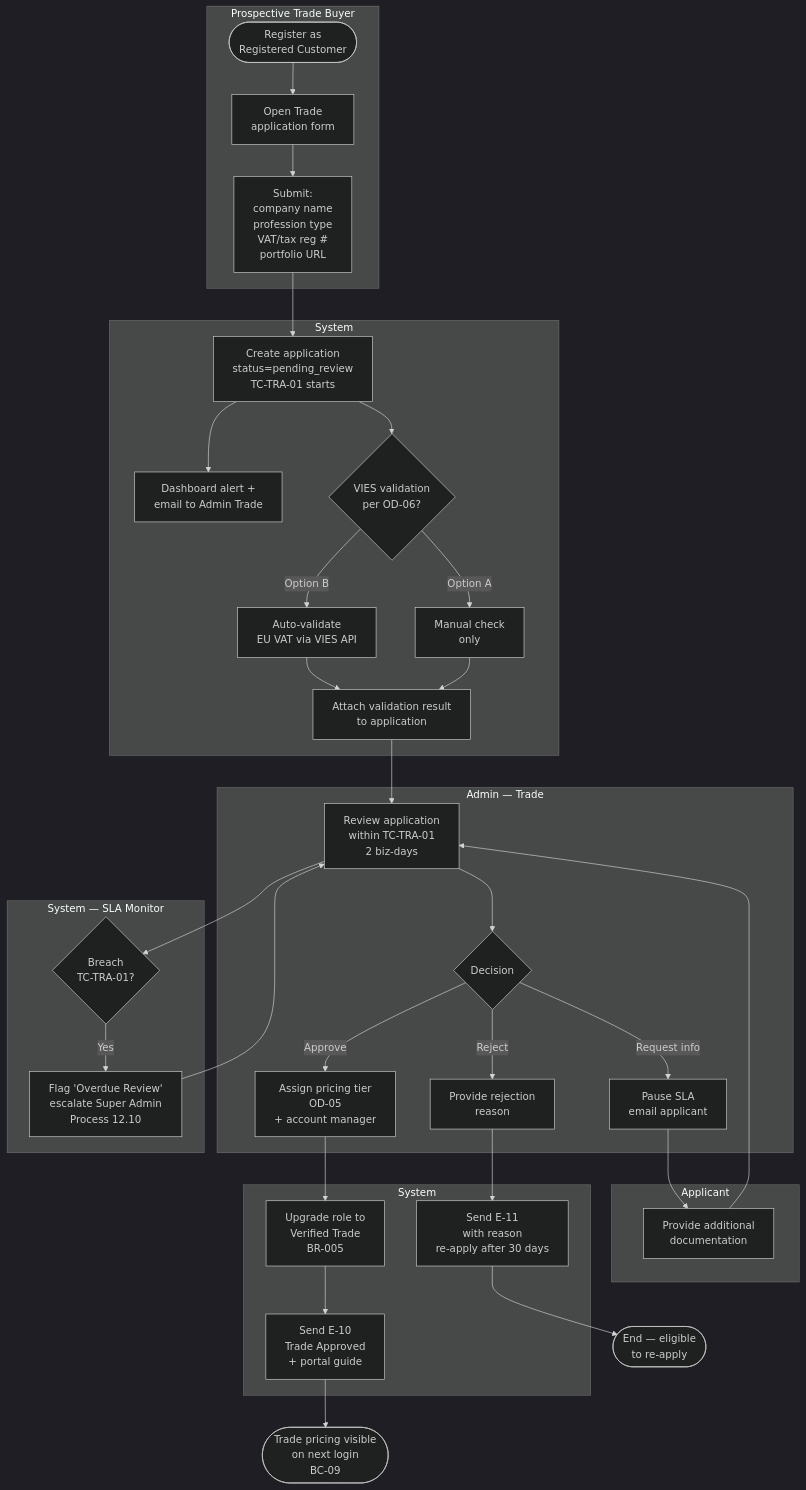
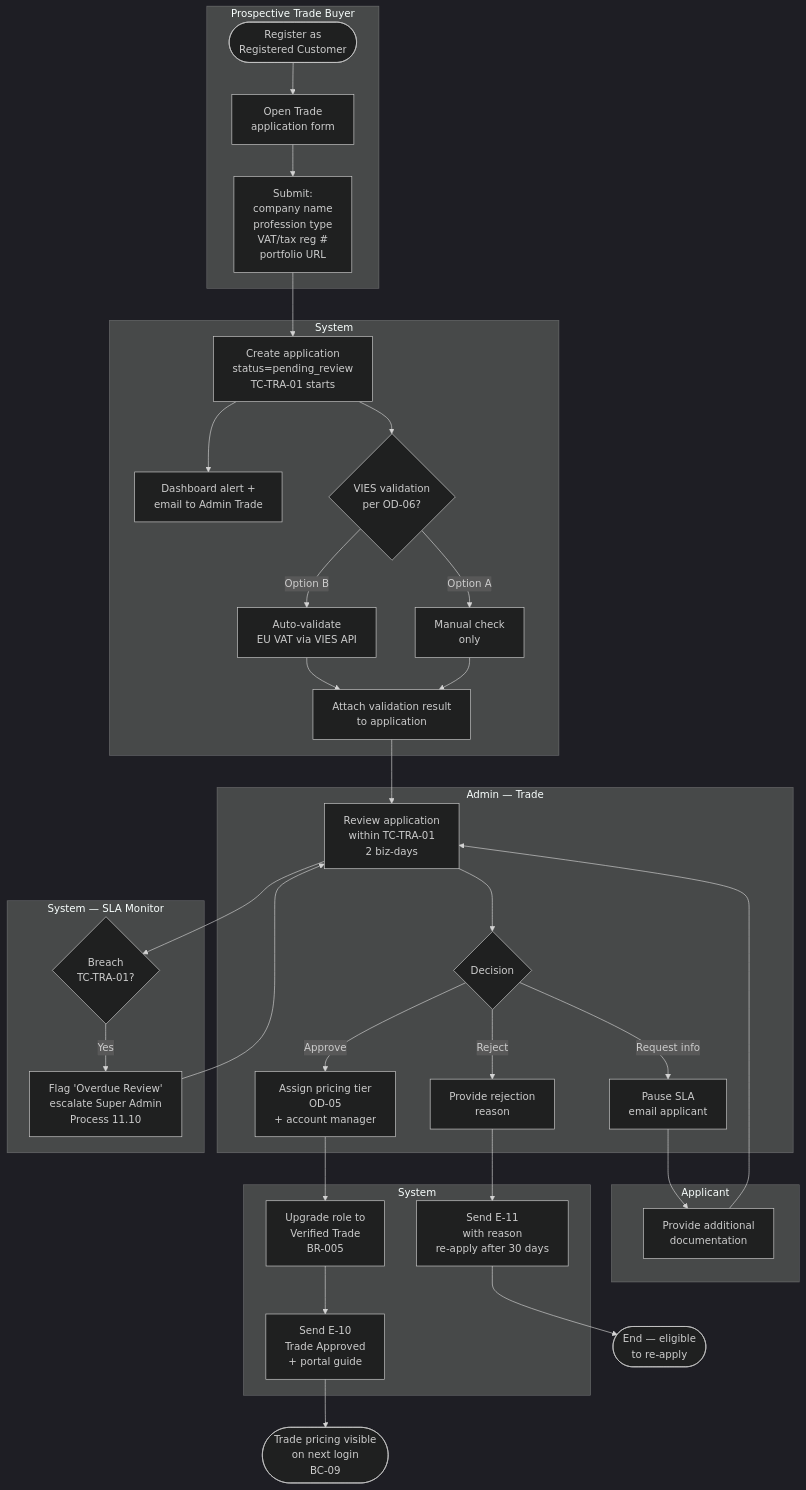
The second of 16 diagrams in HomeStyle_BRD_v4.md (mingnguyentt012200/HomeStyle-project-demo), drawn with Mermaid (dark theme) before and after one commit. The commit also changed other lines of this file, not shown here.

````diff
--- a/HomeStyle_BRD_v4.md
+++ b/HomeStyle_BRD_v4.md
@@ -420,39 +421,39 @@
 ```mermaid
 flowchart TD
     subgraph Prospective_Trade[Prospective Trade Buyer]
         A([Register as<br/>Registered Customer]) --> B[Open Trade<br/>application form]
         B --> C[Submit:<br/>company name<br/>profession type<br/>VAT/tax reg #<br/>portfolio URL]
     end
     subgraph System
         C --> D[Create application<br/>status=pending_review<br/>TC-TRA-01 starts]
         D --> E[Dashboard alert +<br/>email to Admin Trade]
         D --> F{VIES validation<br/>per OD-06?}
         F -- Option B --> G[Auto-validate<br/>EU VAT via VIES API]
         F -- Option A --> H[Manual check<br/>only]
         G --> I[Attach validation result<br/>to application]
         H --> I
     end
     subgraph Admin_Trade[Admin — Trade]
         I --> J[Review application<br/>within TC-TRA-01<br/>2 biz-days]
         J --> K{Decision}
         K -- Approve --> L[Assign pricing tier<br/>OD-05<br/>+ account manager]
         K -- Reject --> M[Provide rejection<br/>reason]
         K -- Request info --> N[Pause SLA<br/>email applicant]
     end
     subgraph Prospective_Trade2[Applicant]
         N --> O[Provide additional<br/>documentation]
         O --> J
     end
     subgraph System2[System]
         L --> P[Upgrade role to<br/>Verified Trade<br/>BR-005]
         P --> Q[Send E-10<br/>Trade Approved<br/>+ portal guide]
         M --> R[Send E-11<br/>with reason<br/>re-apply after 30 days]
     end
     subgraph SLA_Monitor[System — SLA Monitor]
         J --> S{Breach<br/>TC-TRA-01?}
-        S -- Yes --> T[Flag 'Overdue Review'<br/>escalate Super Admin<br/>Process 12.10]
+        S -- Yes --> T[Flag 'Overdue Review'<br/>escalate Super Admin<br/>Process 11.10]
         T --> J
     end
     Q --> U([Trade pricing visible<br/>on next login<br/>BC-09])
     R --> V([End — eligible<br/>to re-apply])
 ```
````
